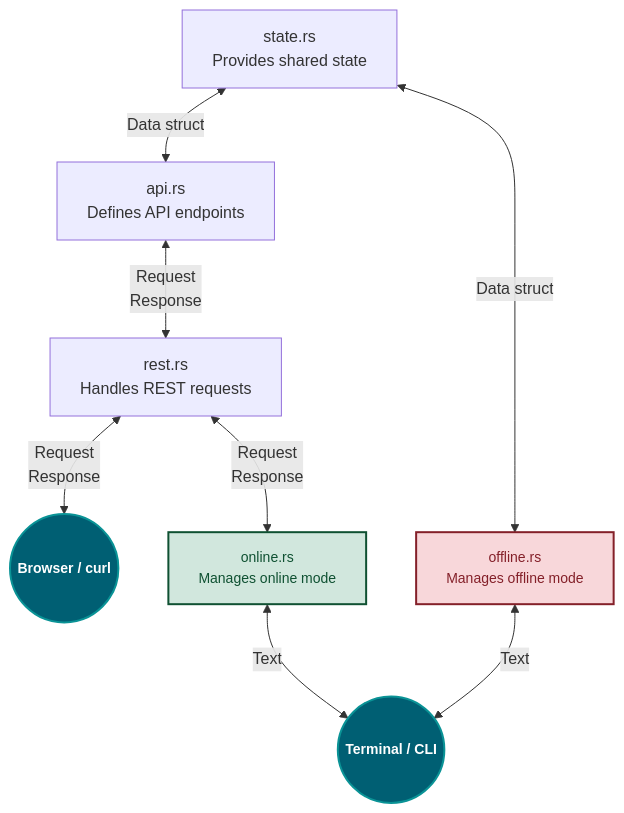
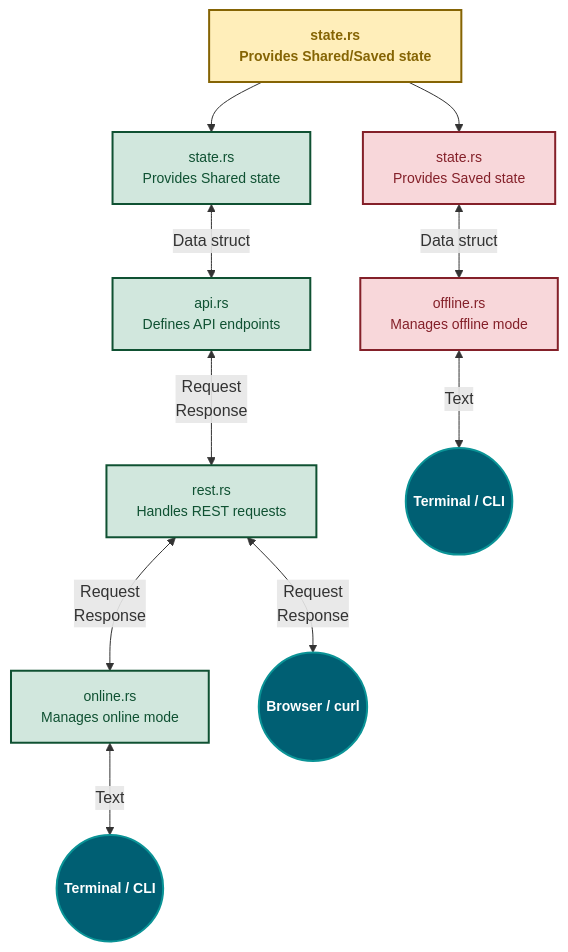
The diagram in src/bot/api/README.md (flengure/xtrade), drawn with Mermaid before and after one commit.

Commit message:
test readme7

````diff
--- a/src/bot/api/README.md
+++ b/src/bot/api/README.md
@@ -1,22 +1,28 @@
 ```mermaid
 flowchart TD
-    A[state.rs<br>Provides shared state]
-    B[api.rs<br>Defines API endpoints]
-    C[rest.rs<br>Handles REST requests]
-    D[offline.rs<br>Manages offline mode]:::offline
-    E[online.rs<br>Manages online mode]:::online
-    F((Terminal / CLI)):::ui
+    A[state.rs<br>Provides Shared/Saved state]:::central
+    A1[state.rs<br>Provides Shared state]:::online
+    A2[state.rs<br>Provides Saved state]:::offline
+    B1[api.rs<br>Defines API endpoints]:::online
+    C1[rest.rs<br>Handles REST requests]:::online
+    D1[offline.rs<br>Manages offline mode]:::offline
+    D2[online.rs<br>Manages online mode]:::online
+    F1((Terminal / CLI)):::ui
+    F2((Terminal / CLI)):::ui
     G((Browser / curl)):::ui
 
-    A <-- Data struct --> B
-    A <-- Data struct --> D
-    B <-- Request\nResponse --> C
-    C <-- Request\nResponse --> G
-    C <-- Request\nResponse --> E
-    E <-- Text --> F
-    D <-- Text --> F
+	  A --> A1
+	  A --> A2
+    A1 <-- Data struct --> B1
+    A2 <-- Data struct --> D1
+    B1 <-- Request\nResponse --> C1
+    C1 <-- Request\nResponse --> G
+    C1 <-- Request\nResponse --> D2
+    D2 <-- Text --> F2
+    D1 <-- Text --> F1
 
     classDef ui fill:#005f73,stroke:#0a9396,stroke-width:2px,font-size:14px,color:#ffffff,font-weight:bold;
     classDef online fill:#d1e7dd,stroke:#0f5132,stroke-width:2px,font-size:14px,color:#0f5132;
     classDef offline fill:#f8d7da,stroke:#842029,stroke-width:2px,font-size:14px,color:#842029;
+    classDef central fill:#ffeeba,stroke:#856404,stroke-width:2px,font-size:14px,color:#856404,font-weight:bold;
 ```
````
